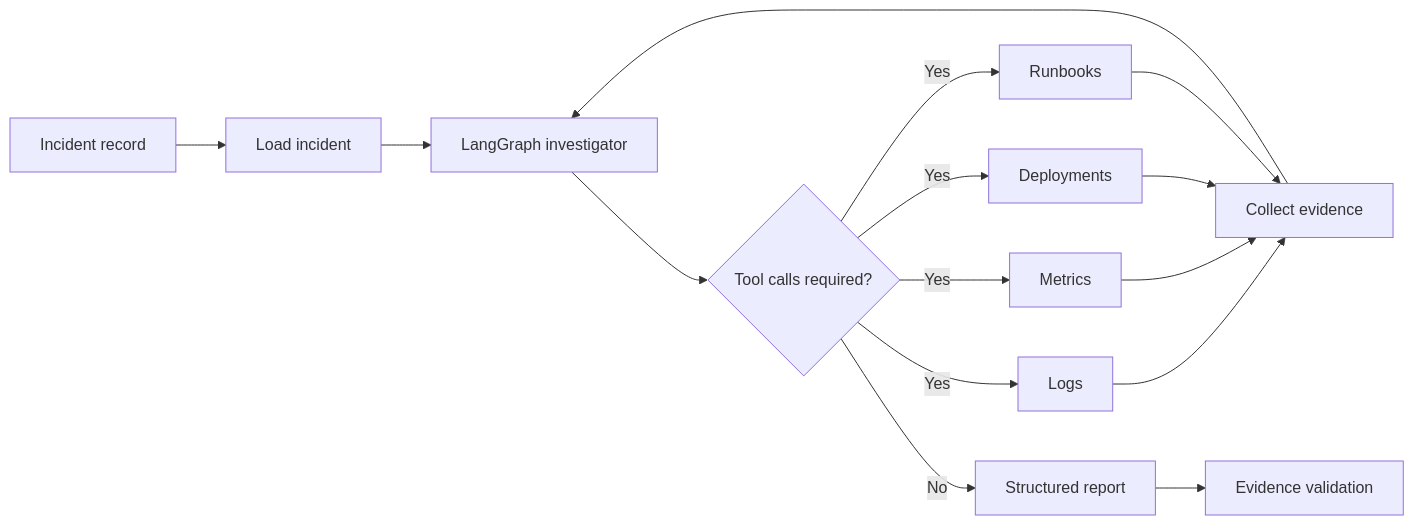
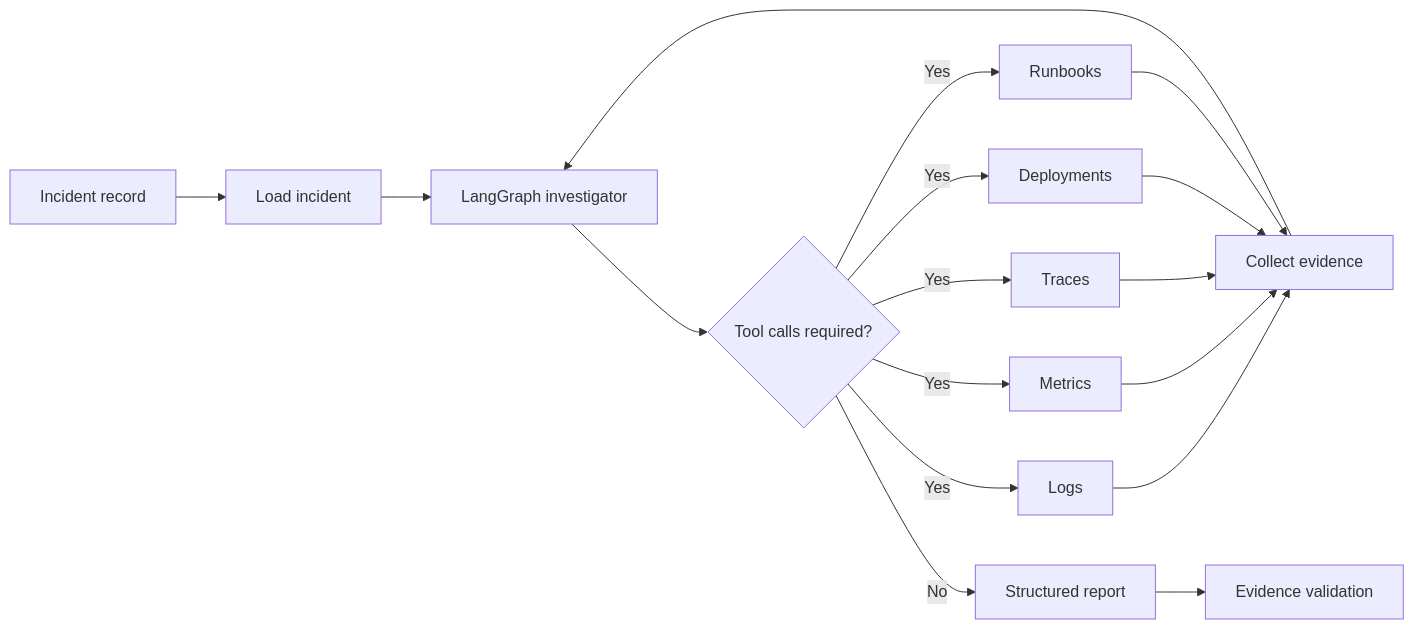
One commit to amirsasani/incident-response-copilot changed the diagram in README.md. Above: the diagram before and after it, drawn with Mermaid. The commit also changed other lines of this file and 14 other files, not shown here.

````diff
--- a/README.md
+++ b/README.md
@@ -27,17 +29,19 @@
 ```mermaid
 flowchart LR
     A[Incident record] --> B[Load incident]
     B --> C[LangGraph investigator]
     C --> D{Tool calls required?}
     D -->|Yes| E[Logs]
     D -->|Yes| F[Metrics]
-    D -->|Yes| G[Deployments]
-    D -->|Yes| H[Runbooks]
+    D -->|Yes| G[Traces]
+    D -->|Yes| H[Deployments]
+    D -->|Yes| L[Runbooks]
     E --> I[Collect evidence]
     F --> I
     G --> I
     H --> I
+    L --> I
     I --> C
     D -->|No| J[Structured report]
     J --> K[Evidence validation]
 ```
````
